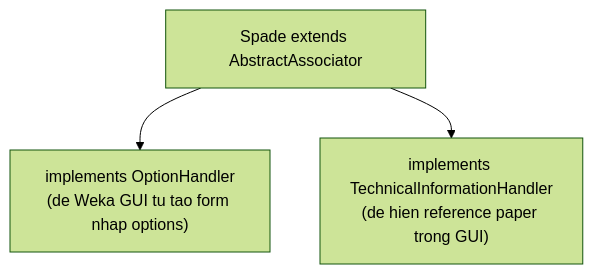
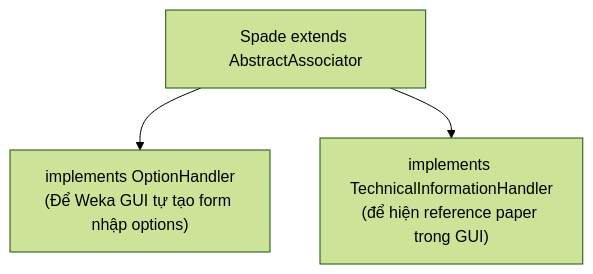
The first of 2 diagrams in spade_main_class.md (FinDaHuman/weka-spade), drawn with Mermaid (forest theme) before and after one commit. The commit also changed other lines of this file and 2 other files, not shown here.

````diff
--- a/spade_main_class.md
+++ b/spade_main_class.md
@@ -18,5 +19,5 @@
 ```mermaid
 flowchart TD
-    A["Spade extends AbstractAssociator"] --> B["implements OptionHandler\n(de Weka GUI tu tao form nhap options)"]
-    A --> C["implements TechnicalInformationHandler\n(de hien reference paper trong GUI)"]
+    A["Spade extends AbstractAssociator"] --> B["implements OptionHandler\n(Để Weka GUI tự tạo form nhập options)"]
+    A --> C["implements TechnicalInformationHandler\n(để hiện reference paper trong GUI)"]
 ```
````
